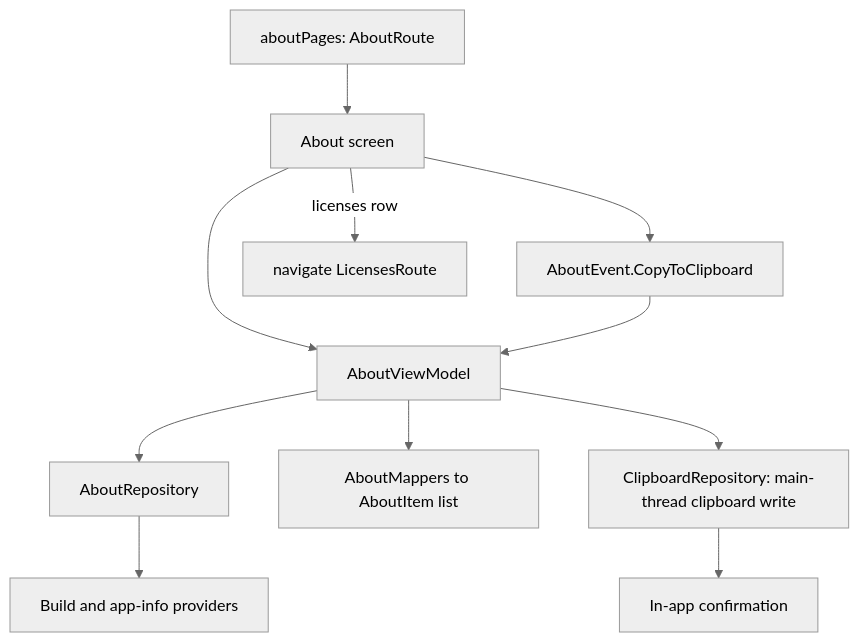
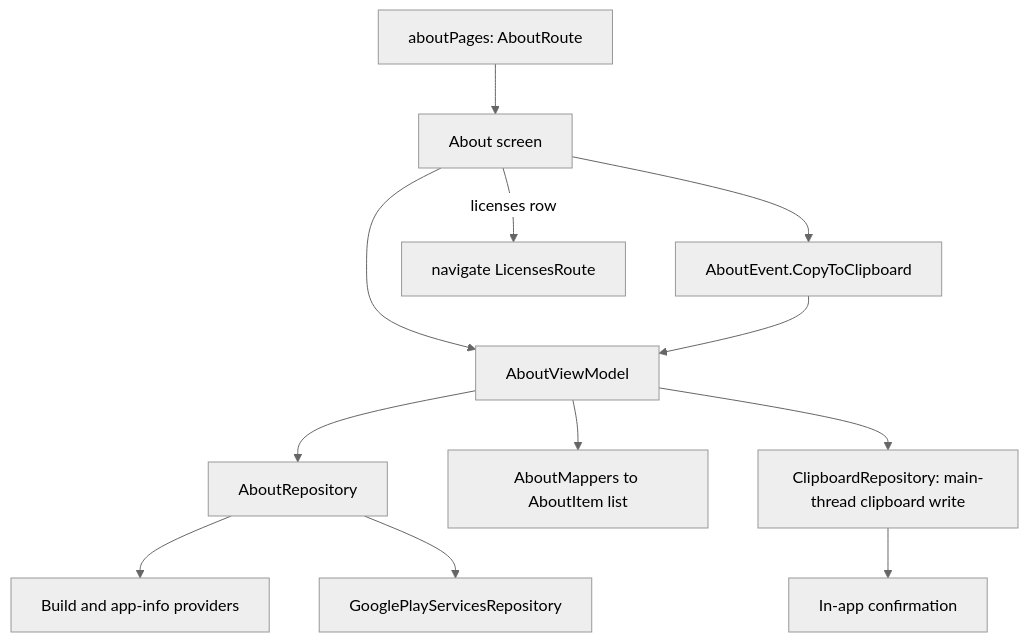
Before and after one commit to MihaiCristianCondrea/App-Toolkit-for-Android: the diagram in library/feature/about/README.md, drawn with Mermaid (neutral theme). The commit also changed other lines of this file and 135 other files, not shown here.

````diff
--- a/library/feature/about/README.md
+++ b/library/feature/about/README.md
@@ -52,13 +52,14 @@
 ```mermaid
 flowchart TD
     AboutScreen[About screen] --> AboutVM[AboutViewModel]
     AboutVM --> AboutRepo[AboutRepository]
     AboutRepo --> Build[Build and app-info providers]
+    AboutRepo --> Gms[GooglePlayServicesRepository]
     AboutVM --> Mapper[AboutMappers to AboutItem list]
     AboutScreen --> CopyEvent[AboutEvent.CopyToClipboard]
     CopyEvent --> AboutVM
     AboutVM --> Clipboard[ClipboardRepository: main-thread clipboard write]
     Clipboard --> Snackbar[In-app confirmation]
     Page[aboutPages: AboutRoute] --> AboutScreen
     AboutScreen -->|licenses row| Licenses[navigate LicensesRoute]
 ```
````
